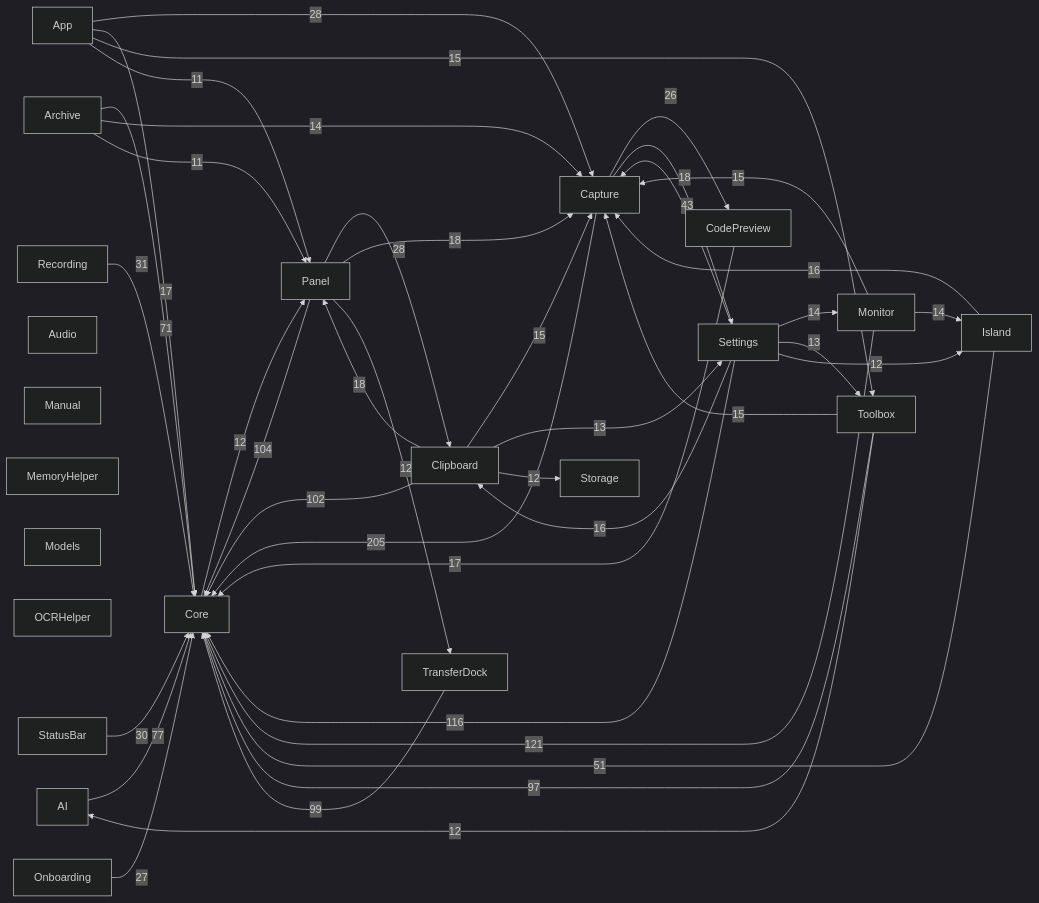
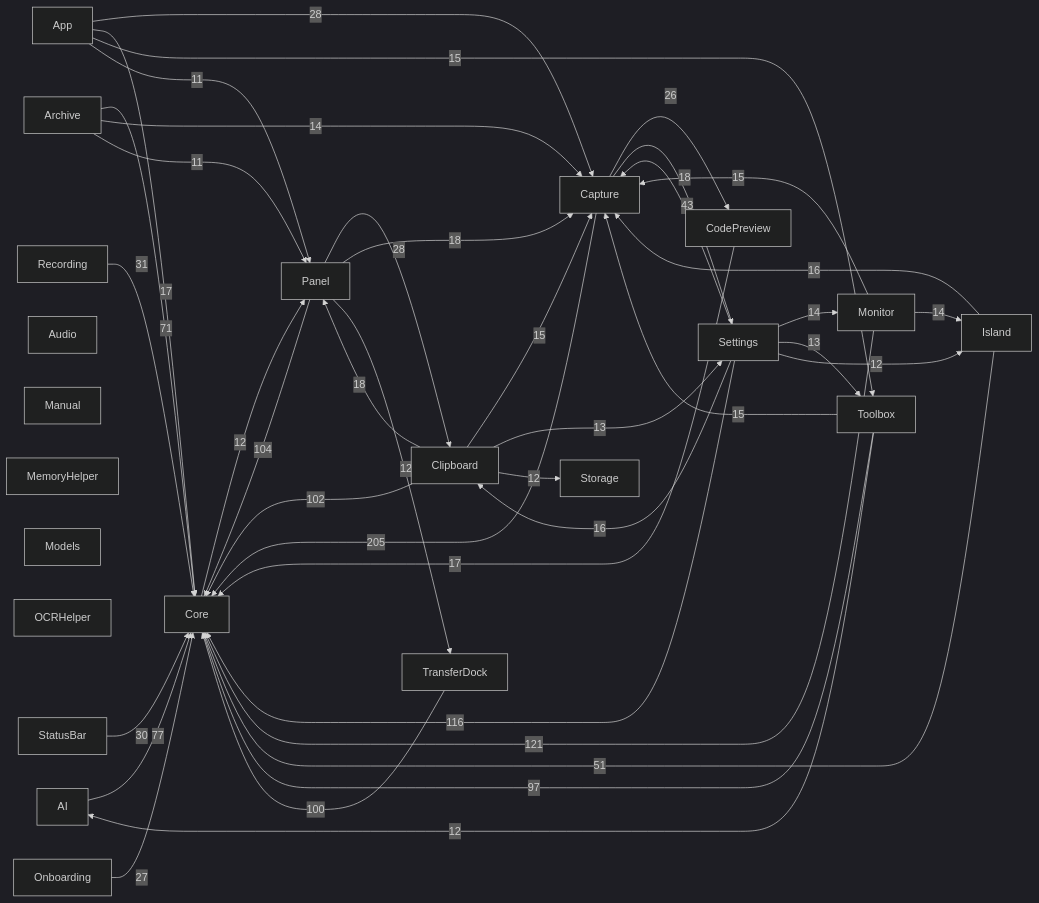
Before and after one commit to sxyq/Kitnest: the diagram in docs/00-总览/模块依赖图.md, drawn with Mermaid (dark theme). The commit also changed other lines of this file and 6 other files, not shown here.

````diff
--- a/docs/00-总览/模块依赖图.md
+++ b/docs/00-总览/模块依赖图.md
@@ -36,65 +36,65 @@
 ```mermaid
 flowchart LR
   M0["AI"]
   M1["App"]
   M2["Archive"]
   M3["Audio"]
   M4["Capture"]
   M5["Clipboard"]
   M6["CodePreview"]
   M7["Core"]
   M8["Island"]
   M9["Manual"]
   M10["MemoryHelper"]
   M11["Models"]
   M12["Monitor"]
   M13["OCRHelper"]
   M14["Onboarding"]
   M15["Panel"]
   M16["Recording"]
   M17["Settings"]
   M18["StatusBar"]
   M19["Storage"]
   M20["Toolbox"]
   M21["TransferDock"]
   M4 -->|205| M7
   M12 -->|121| M7
   M17 -->|116| M7
   M15 -->|104| M7
   M5 -->|102| M7
-  M21 -->|99| M7
+  M21 -->|100| M7
   M20 -->|97| M7
   M0 -->|77| M7
   M2 -->|71| M7
   M8 -->|51| M7
   M17 -->|43| M4
   M16 -->|31| M7
   M18 -->|30| M7
   M1 -->|28| M4
   M15 -->|28| M5
   M14 -->|27| M7
   M4 -->|26| M6
   M4 -->|18| M17
   M5 -->|18| M15
   M15 -->|18| M4
   M1 -->|17| M7
   M6 -->|17| M7
   M8 -->|16| M4
   M17 -->|16| M5
   M1 -->|15| M20
   M5 -->|15| M4
   M12 -->|15| M4
   M20 -->|15| M4
   M2 -->|14| M4
   M12 -->|14| M8
   M17 -->|14| M12
   M5 -->|13| M17
   M17 -->|13| M20
   M7 -->|12| M15
   M5 -->|12| M19
   M15 -->|12| M21
   M17 -->|12| M8
   M20 -->|12| M0
   M1 -->|11| M15
   M2 -->|11| M15
 ```
````
